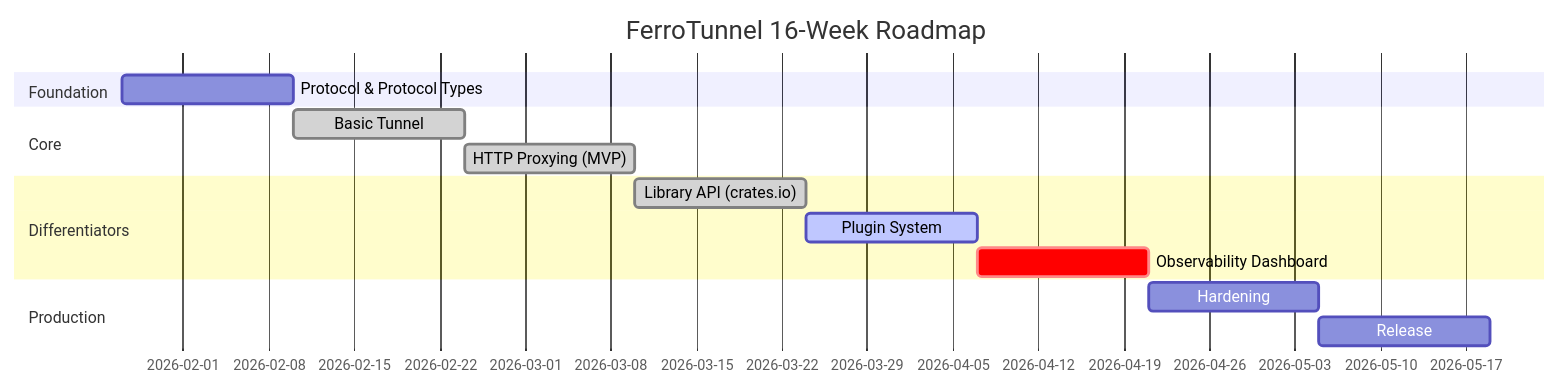
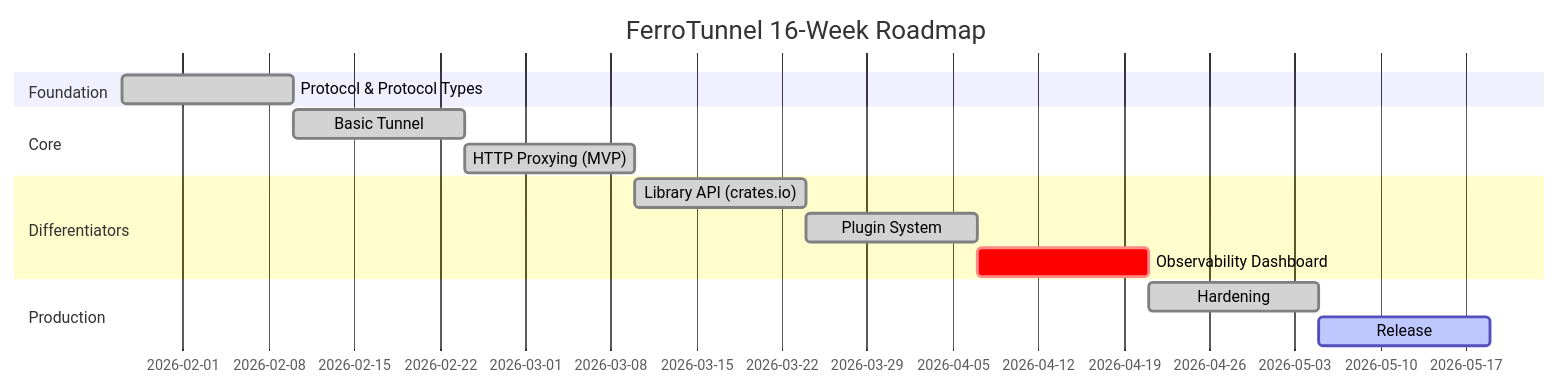
One commit to MitulShah1/ferrotunnel changed the diagram in ROADMAP.md. Above: the diagram before and after it, drawn with Mermaid. The commit also changed other lines of this file and 2 other files, not shown here.

Commit message:
docs: update CHANGELOG, ROADMAP, and ARCHITECTURE for v0.6.0 release

````diff
--- a/ROADMAP.md
+++ b/ROADMAP.md
@@ -21,17 +21,17 @@
 ```mermaid
 gantt
     title FerroTunnel 16-Week Roadmap
     dateFormat YYYY-MM-DD
     section Foundation
-    Protocol & Protocol Types     :p1, 2026-01-27, 2w
+    Protocol & Protocol Types     :done, p1, 2026-01-27, 2w
     section Core
     Basic Tunnel                   :done, p2, after p1, 2w
     HTTP Proxying (MVP)            :done, p3, after p2, 2w
     section Differentiators
     Library API (crates.io)        :done, p4, after p3, 2w
-    Plugin System                  :active, p5, after p4, 2w
+    Plugin System                  :done, p5, after p4, 2w
     Observability Dashboard        :crit, p6, after p5, 2w
     section Production
-    Hardening                      :p7, after p6, 2w
-    Release                        :p8, after p7, 2w
+    Hardening                      :done, p7, after p6, 2w
+    Release                        :active, p8, after p7, 2w
 ```
````
